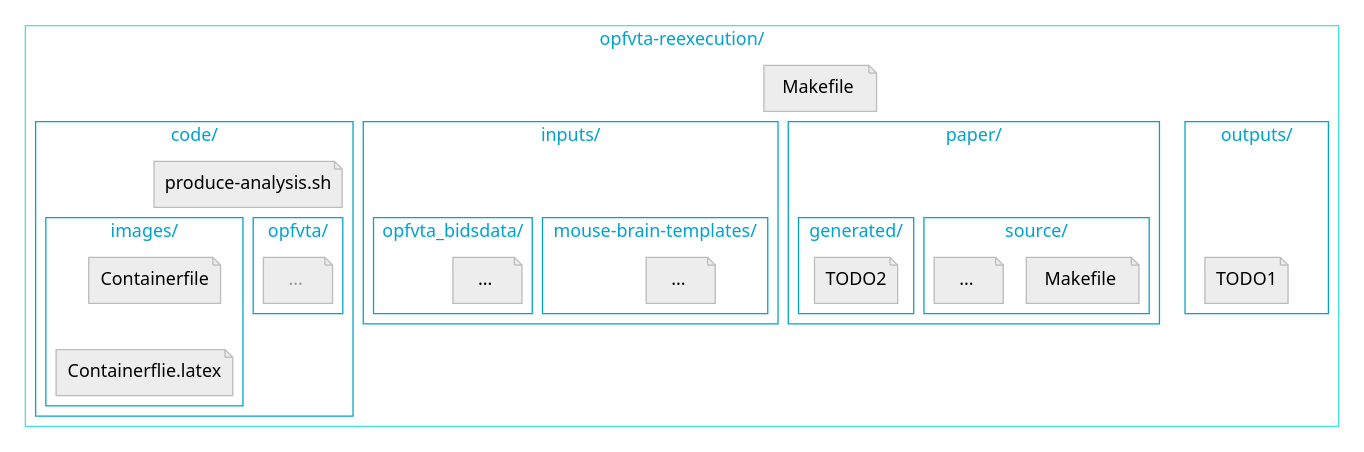
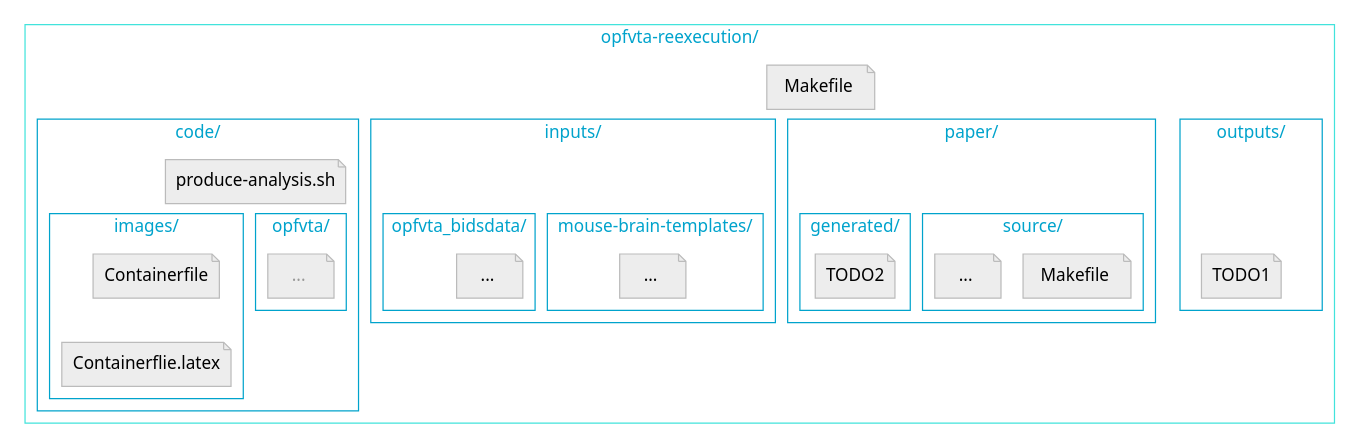
The diagram in paper/source/data/topology.dot (con/opfvta-reexecution), drawn with Graphviz before and after one commit.

Commit message:
Removed figure border
Closes: https://github.com/con/opfvta-replication-2023/issues/10

```diff
--- a/paper/source/data/topology.dot
+++ b/paper/source/data/topology.dot
@@ -1,106 +1,107 @@
 digraph graphname {
     size="14,8";
-    graph [fontname = "sans"];
+    graph [fontname = "sans", margin=0];
     node [fontname = "sans", style=filled];
     edge [fontname = "sans", color=gray50];
     Mak[label="  Makefile  ", shape=note, color="#BBBBBB", fillcolor=grey93];
     pro[label="produce-analysis.sh", shape=note, color="#BBBBBB", fillcolor=grey93];
     Con[label="Containerfile", shape=note, color="#BBBBBB", fillcolor=grey93];
     ConL[label="Containerflie.latex", shape=note, color="#BBBBBB", fillcolor=grey93];
     opf_[label="  ...  ", shape=note, color="#BBBBBB", fillcolor=grey93, fontcolor="#999998"];
     mbt_[label="  ...  ", shape=note, color="#BBBBBB", fillcolor=grey93];
     opb_[label="  ...  ", shape=note, color="#BBBBBB", fillcolor=grey93];
     todo1[label="TODO1", shape=note, color="#BBBBBB", fillcolor=grey93];
     Makp[label="  Makefile  ", shape=note, color="#BBBBBB", fillcolor=grey93];
     pap_[label="  ...  ", shape=note, color="#BBBBBB", fillcolor=grey93];
     todo2[label="TODO2", shape=note, color="#BBBBBB", fillcolor=grey93];
     inputs_[label="inputs_", style=invis]
     paper_[label="paper_", style=invis]
     outputs_[label="outputs_", style=invis]
     subgraph cluster0 {
+        margin=10;
         label = "opfvta-reexecution/";
         fontcolor = "#00a3cc";
         color = "#42e3dc";
 
         Mak -> pro [style=invis];
         Mak -> todo1 [style=invis];
         Mak -> todo2 [style=invis];
         Mak -> opb_ [style=invis];
         Mak -> inputs_ [style=invis];
         Mak -> paper_ [style=invis];
         Mak -> outputs_ [style=invis];
 
         subgraph cluster1 {
             label = "code/";
             fontcolor = "#00a3cc";
             color = "#00a3cc";
 
             pro -> Con [style=invis];
             pro -> opf_ [style=invis];
 
             subgraph cluster11 {
                 label = "images/";
                 fontcolor = "#00a3cc";
                 color = "#00a3cc";
                 Con -> ConL [style=invis];
             }
             subgraph cluster12 {
                 label = "opfvta/";
                 fontcolor = "#00a3cc";
                 color = "#00a3cc";
                 opf_;
             }
         }
         subgraph cluster2 {
             label = "inputs/";
             fontcolor = "#00a3cc";
             color = "#00a3cc";
             inputs_ -> mbt_ [style=invis];
             inputs_ -> opb_ [style=invis];
             subgraph cluster21 {
                 label = "mouse-brain-templates/";
                 fontcolor = "#00a3cc";
                 color = "#00a3cc";
                 mbt_;
             }
             subgraph cluster22 {
                 label = "opfvta_bidsdata/";
                 fontcolor = "#00a3cc";
                 color = "#00a3cc";
                 opb_;
             }
         }
         subgraph cluster3 {
             label = "outputs/";
             fontcolor = "#00a3cc";
             color = "#00a3cc";
             outputs_ -> todo1 [style=invis];
             todo1;
         }
         subgraph cluster4 {
             label = "paper/";
             fontcolor = "#00a3cc";
             color = "#00a3cc";
 
             paper_ -> Makp [style=invis];
             paper_ -> todo2 [style=invis];
 
             subgraph cluster42 {
                 label = "source/";
                 fontcolor = "#00a3cc";
                 color = "#00a3cc";
 
                 Makp;
                 pap_;
             }
             subgraph cluster41 {
                 label = "generated/";
                 fontcolor = "#00a3cc";
                 color = "#00a3cc";
 
                 todo2;
             }
         }
         //{rank=same; opf_; Con}
     }
 }
```
